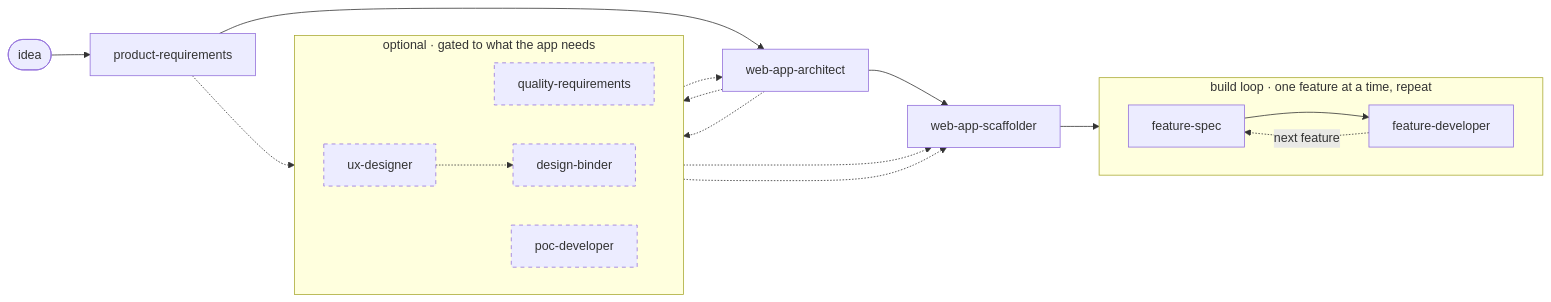
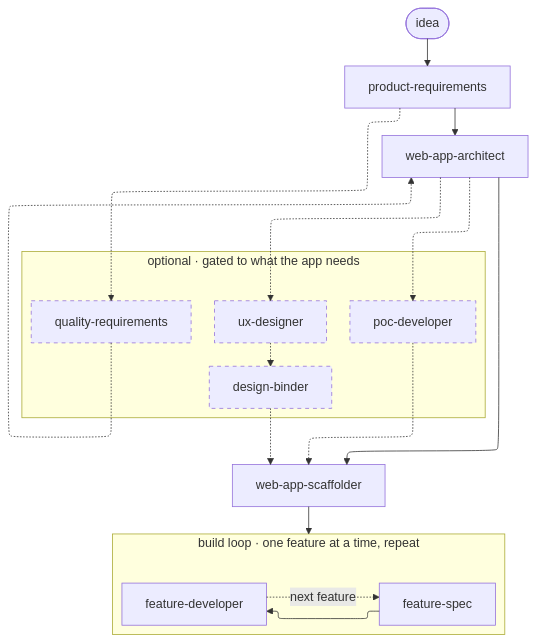
Before and after one commit to staizen-epi/project-builder-skills: the first of 2 diagrams in README.md, drawn with Mermaid.

Commit message:
docs: switch pipeline diagram to TD + ELK to match artifacts diagram

````diff
--- a/README.md
+++ b/README.md
@@ -9,32 +9,33 @@
 ```mermaid
-flowchart LR
+%%{init: {"flowchart": {"defaultRenderer": "elk"}} }%%
+flowchart TD
     IDEA([idea]) --> PRD[product-requirements]
     PRD --> ARCH[web-app-architect]
     ARCH --> SCAF[web-app-scaffolder]
     SCAF --> LOOP
 
     subgraph OPT [optional · gated to what the app needs]
-        direction LR
+        direction TB
         QUAL[quality-requirements]
         POC[poc-developer]
         UX[ux-designer]
         BIND[design-binder]
         UX -.-> BIND
     end
 
     PRD -.-> QUAL
     QUAL -.-> ARCH
     ARCH -.-> POC
     POC -.-> SCAF
     ARCH -.-> UX
     BIND -.-> SCAF
 
     subgraph LOOP [build loop · one feature at a time, repeat]
         direction LR
         SPEC[feature-spec] --> DEV[feature-developer]
         DEV -. next feature .-> SPEC
     end
 
     classDef optional stroke-dasharray: 5 5;
     class QUAL,POC,UX,BIND optional;
 ```
````
